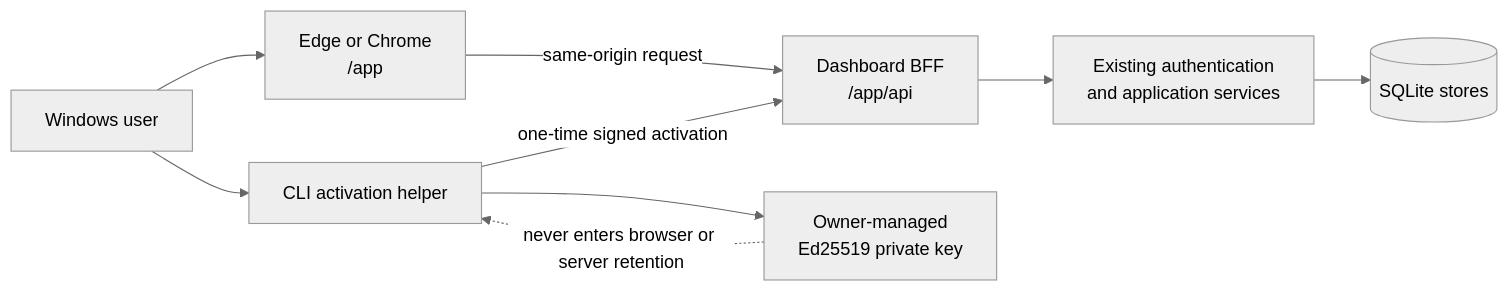
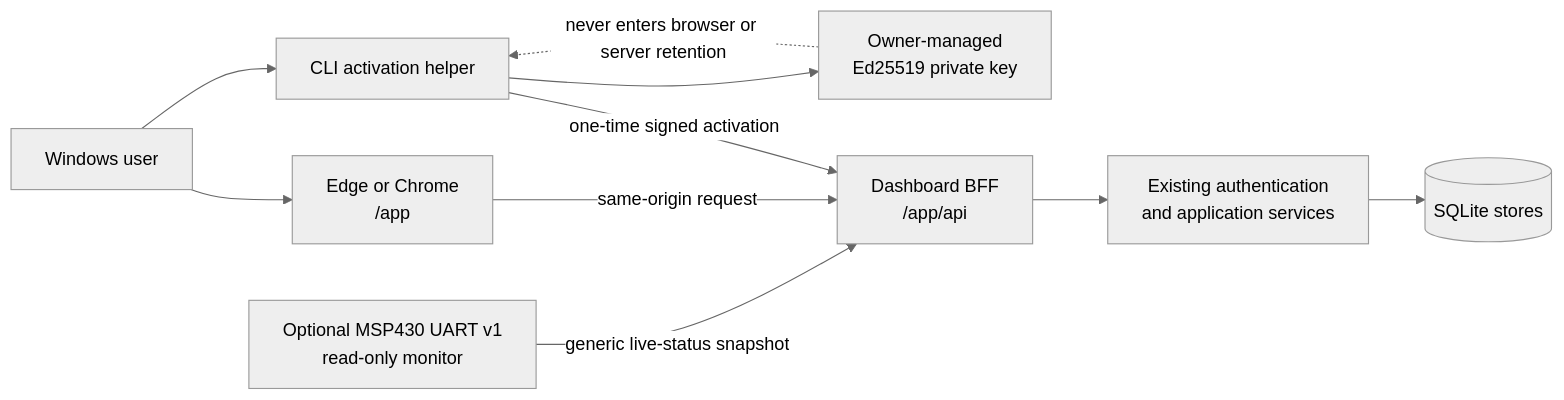
One commit to Carlos-0798/forgegate changed the diagram in docs/architecture/LOCAL_WEB_DASHBOARD.md. Above: the diagram before and after it, drawn with Mermaid (neutral theme). The commit also changed other lines of this file and 37 other files, not shown here.

Commit message:
feat: add read-only MSP430 live status

````diff
--- a/docs/architecture/LOCAL_WEB_DASHBOARD.md
+++ b/docs/architecture/LOCAL_WEB_DASHBOARD.md
@@ -40,18 +40,20 @@
 ```mermaid
 flowchart LR
     U[Windows user]
     B[Edge or Chrome\n/app]
     H[Dashboard BFF\n/app/api]
     A[Existing authentication\nand application services]
     D[(SQLite stores)]
     C[CLI activation helper]
     K[Owner-managed\nEd25519 private key]
+    M[Optional MSP430 UART v1\nread-only monitor]
 
     U --> B
     U --> C
     B -->|same-origin request| H
     H --> A --> D
     C -->|one-time signed activation| H
     C --> K
     K -. never enters browser or server retention .-> C
+    M -->|generic live-status snapshot| H
 ```
````
